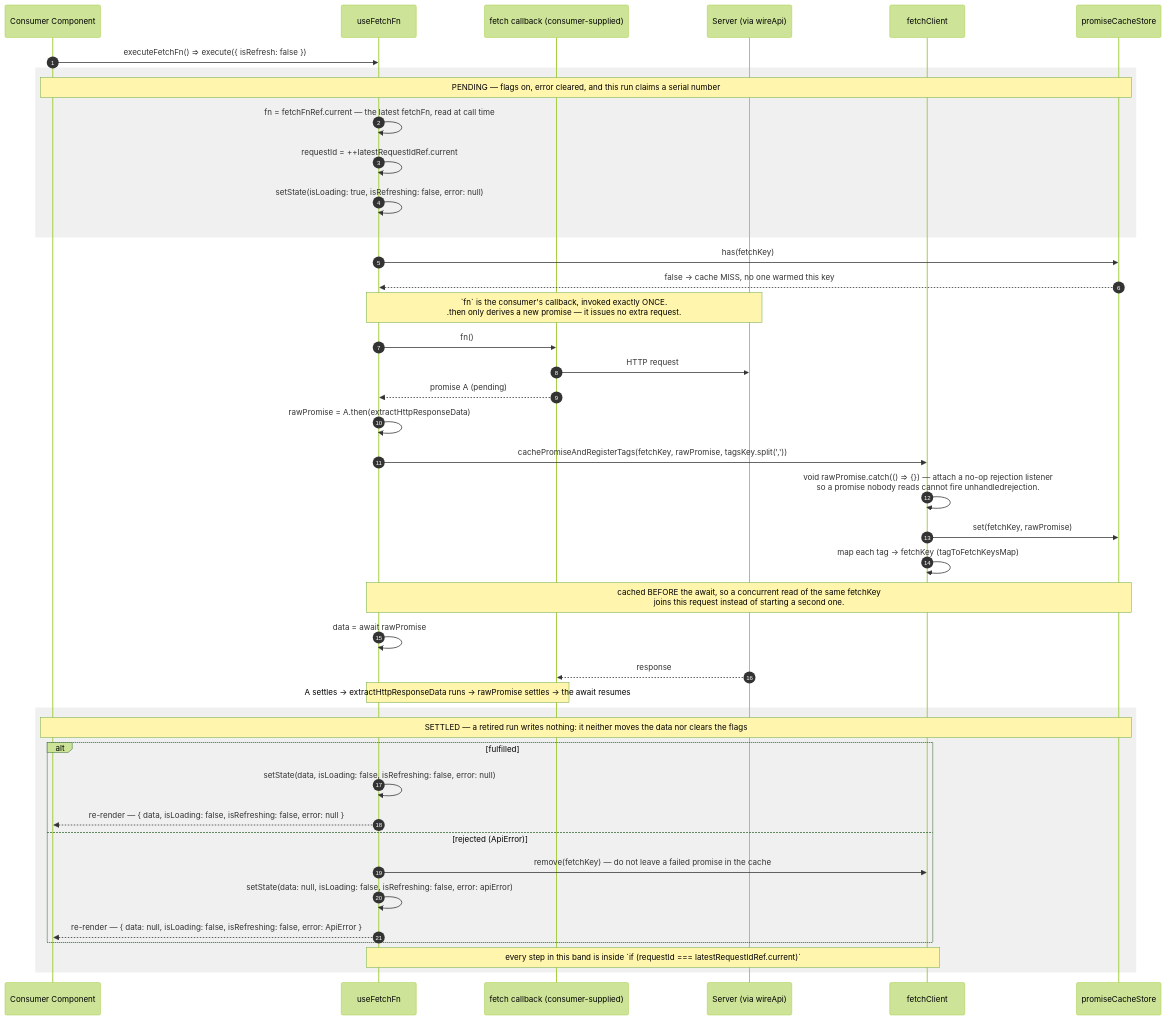
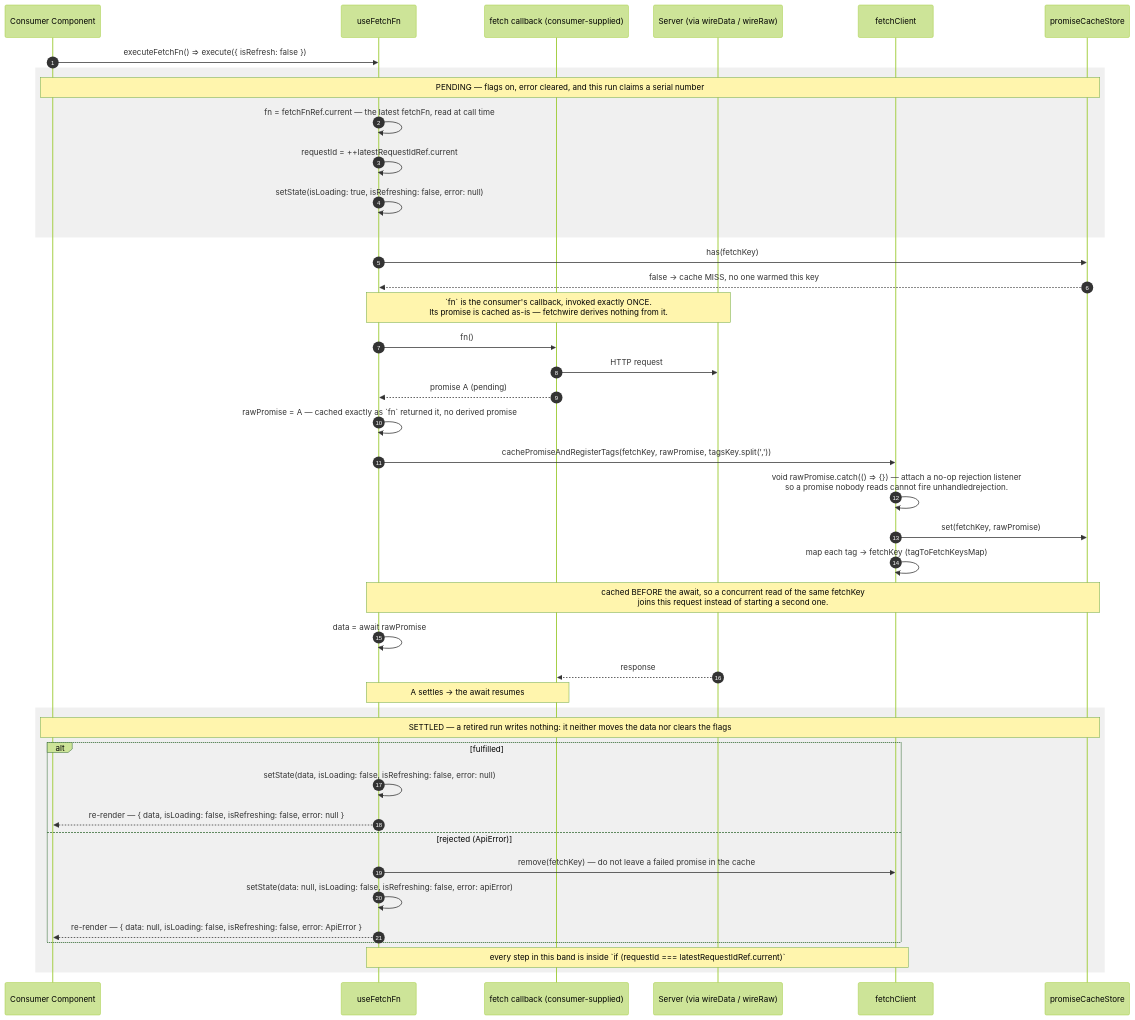
One commit to chuhaiphu/fetchwire changed the third of 4 diagrams in docs/architecture/USE-FETCH-FN-FLOW.md. Above: the diagram before and after it, drawn with Mermaid (forest theme). The commit also changed other lines of this file and 18 other files, not shown here.

First line of the commit message:
refactor: update mutation and fetch hooks to return raw data instead of HttpResponse

````diff
--- a/docs/architecture/USE-FETCH-FN-FLOW.md
+++ b/docs/architecture/USE-FETCH-FN-FLOW.md
@@ -110,51 +110,51 @@
 ```mermaid
 sequenceDiagram
     autonumber
     participant Cmp as Consumer Component
     participant H as useFetchFn
     participant Fn as fetch callback (consumer-supplied)
-    participant API as Server (via wireApi)
+    participant API as Server (via wireData / wireRaw)
     participant FC as fetchClient
     participant Cache as promiseCacheStore
 
     Cmp->>H: executeFetchFn() ⇒ execute({ isRefresh: false })
 
     rect rgba(128,128,128,0.12)
         Note over Cmp,Cache: PENDING — flags on, error cleared, and this run claims a serial number
         H->>H: fn = fetchFnRef.current — the latest fetchFn, read at call time
         H->>H: requestId = ++latestRequestIdRef.current
         H->>H: setState(isLoading: true, isRefreshing: false, error: null)
     end
 
     H->>Cache: has(fetchKey)
     Cache-->>H: false → cache MISS, no one warmed this key
 
-    Note over H,API: `fn` is the consumer's callback, invoked exactly ONCE.<br/>.then only derives a new promise — it issues no extra request.
+    Note over H,API: `fn` is the consumer's callback, invoked exactly ONCE.<br/>Its promise is cached as-is — fetchwire derives nothing from it.
     H->>Fn: fn()
     Fn->>API: HTTP request
     Fn-->>H: promise A (pending)
-    H->>H: rawPromise = A.then(extractHttpResponseData)
+    H->>H: rawPromise = A — cached exactly as `fn` returned it, no derived promise
 
     H->>FC: cachePromiseAndRegisterTags(fetchKey, rawPromise, tagsKey.split(','))
     FC->>FC: void rawPromise.catch(() => {}) — attach a no-op rejection listener<br/>so a promise nobody reads cannot fire unhandledrejection.
     FC->>Cache: set(fetchKey, rawPromise)
     FC->>FC: map each tag → fetchKey (tagToFetchKeysMap)
     Note over H,Cache: cached BEFORE the await, so a concurrent read of the same fetchKey<br/>joins this request instead of starting a second one.
     H->>H: data = await rawPromise
 
     API-->>Fn: response
-    Note over Fn,H: A settles → extractHttpResponseData runs → rawPromise settles → the await resumes
+    Note over Fn,H: A settles → the await resumes
 
     rect rgba(128,128,128,0.12)
         Note over Cmp,Cache: SETTLED — a retired run writes nothing: it neither moves the data nor clears the flags
         alt fulfilled
             H->>H: setState(data, isLoading: false, isRefreshing: false, error: null)
             H-->>Cmp: re-render — { data, isLoading: false, isRefreshing: false, error: null }
         else rejected (ApiError)
             H->>FC: remove(fetchKey) — do not leave a failed promise in the cache
             H->>H: setState(data: null, isLoading: false, isRefreshing: false, error: apiError)
             H-->>Cmp: re-render — { data: null, isLoading: false, isRefreshing: false, error: ApiError }
         end
         Note over H,FC: every step in this band is inside `if (requestId === latestRequestIdRef.current)`
     end
 ```
````
